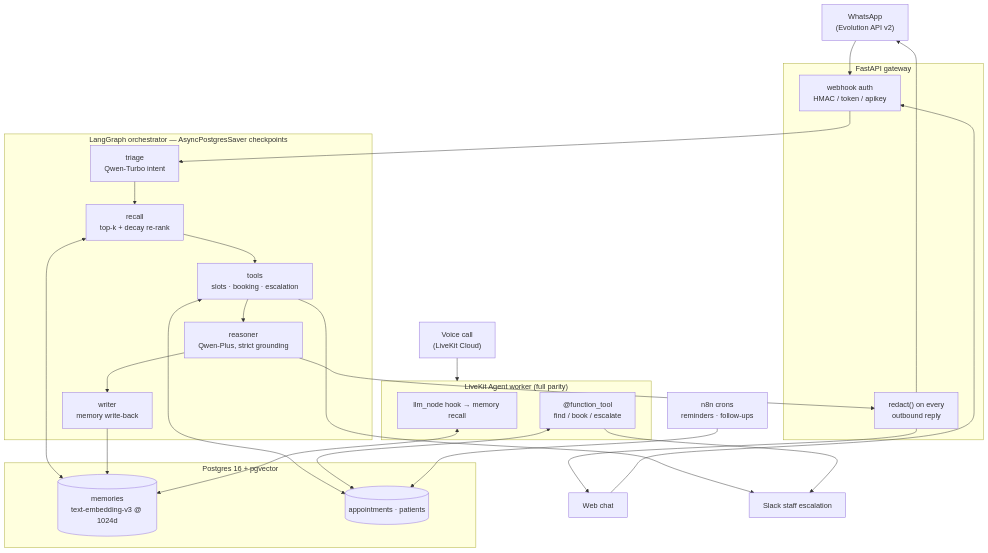
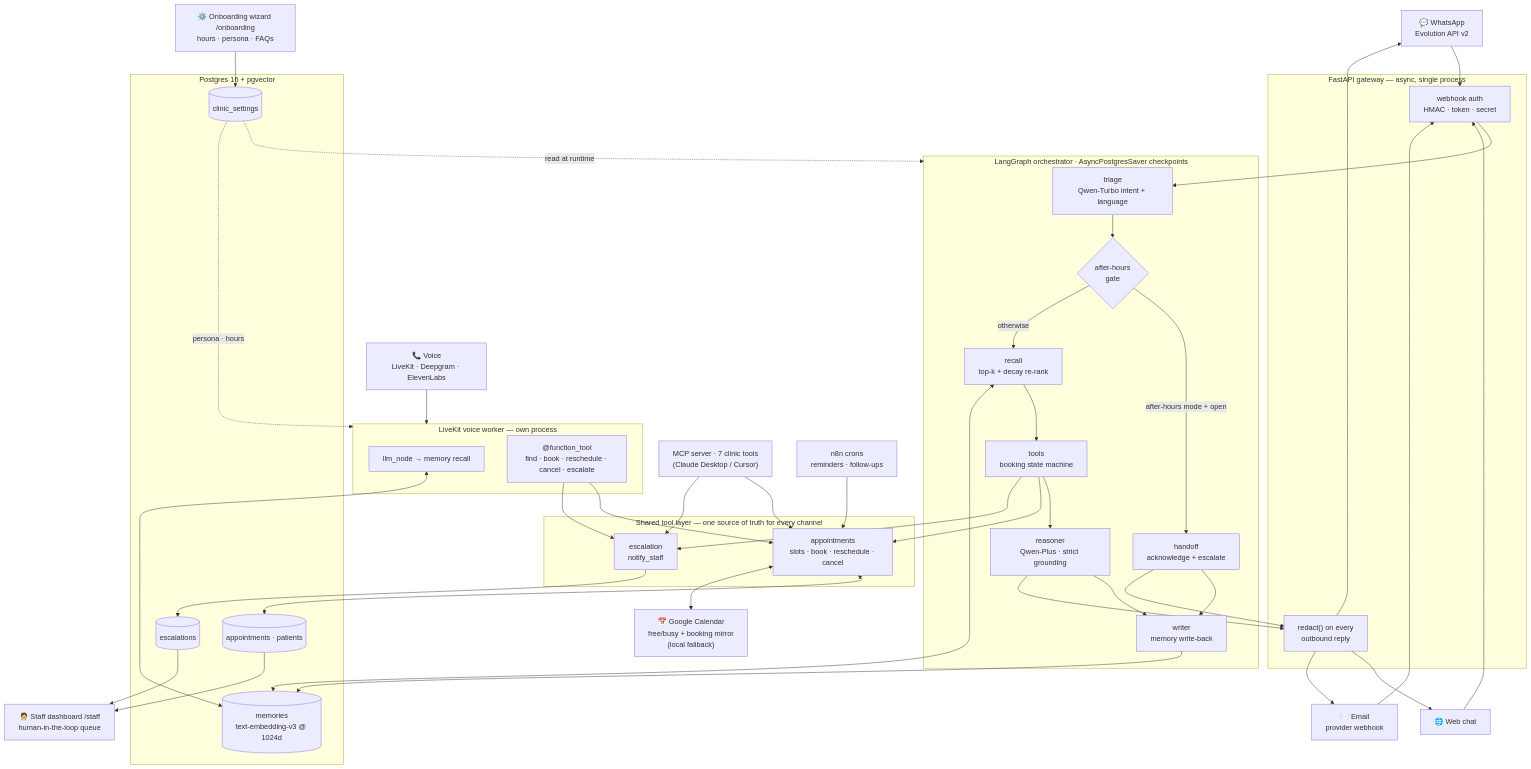
The diagram in README.md (Otitodev/Maindesk), drawn with Mermaid before and after one commit. The commit also changed other lines of this file and 2 other files, not shown here.

Commit message:
Update architecture diagram to current system + add PNG render
The README Mermaid diagram had drifted from the build: refresh it to show all
four channels (voice/WhatsApp/web/email) plus the MCP server converging on the
shared tool layer, the after-hours gate, decay-aware pgvector memory feeding
both text graph and voice worker, the Google Calendar mirror, and the /staff
and /onboarding surfaces. Extend the tech table accordingly, add a rendered
docs/architecture.png for slides, and mark the diagram done in IMPROVEMENTS.md.

Diagram validated with mermaid-cli (renders without errors).

https://claude.ai/code/session_01WMhdcasFLuyCec9vfBZ1QV

````diff
--- a/README.md
+++ b/README.md
@@ -21,47 +21,85 @@
 ```mermaid
 flowchart TB
-    WA["WhatsApp<br/>(Evolution API v2)"]
-    WEB["Web chat"]
-    VOICE["Voice call<br/>(LiveKit Cloud)"]
+    VOICE["📞 Voice<br/>LiveKit · Deepgram · ElevenLabs"]
+    WA["💬 WhatsApp<br/>Evolution API v2"]
+    WEB["🌐 Web chat"]
+    EMAIL["✉️ Email<br/>provider webhook"]
 
-    subgraph GW["FastAPI gateway"]
-        AUTH["webhook auth<br/>HMAC / token / apikey"]
+    subgraph GW["FastAPI gateway — async, single process"]
+        AUTH["webhook auth<br/>HMAC · token · secret"]
         REDACT["redact() on every<br/>outbound reply"]
     end
 
-    subgraph LG["LangGraph orchestrator — AsyncPostgresSaver checkpoints"]
-        TRIAGE["triage<br/>Qwen-Turbo intent"] --> RECALL["recall<br/>top-k + decay re-rank"]
-        RECALL --> TOOLS["tools<br/>slots · booking · escalation"]
-        TOOLS --> REASONER["reasoner<br/>Qwen-Plus, strict grounding"]
-        REASONER --> WRITER["writer<br/>memory write-back"]
+    subgraph LG["LangGraph orchestrator · AsyncPostgresSaver checkpoints"]
+        TRIAGE["triage<br/>Qwen-Turbo intent + language"]
+        GATE{"after-hours<br/>gate"}
+        HANDOFF["handoff<br/>acknowledge + escalate"]
+        RECALL["recall<br/>top-k + decay re-rank"]
+        TOOLS["tools<br/>booking state machine"]
+        REASONER["reasoner<br/>Qwen-Plus · strict grounding"]
+        WRITER["writer<br/>memory write-back"]
+        TRIAGE --> GATE
+        GATE -->|after-hours mode + open| HANDOFF
+        GATE -->|otherwise| RECALL
+        RECALL --> TOOLS --> REASONER --> WRITER
+        HANDOFF --> WRITER
     end
 
-    subgraph LK["LiveKit Agent worker (full parity)"]
-        LLMNODE["llm_node hook → memory recall"]
-        FTOOLS["@function_tool<br/>find / book / escalate"]
+    subgraph VOICEW["LiveKit voice worker — own process"]
+        LLMNODE["llm_node → memory recall"]
+        FTOOLS["@function_tool<br/>find · book · reschedule · cancel · escalate"]
     end
 
-    subgraph PG["Postgres 16 + pgvector"]
+    MCP["MCP server · 7 clinic tools<br/>(Claude Desktop / Cursor)"]
+
+    subgraph TOOLLAYER["Shared tool layer — one source of truth for every channel"]
+        APPTS["appointments<br/>slots · book · reschedule · cancel"]
+        ESC["escalation<br/>notify_staff"]
+    end
+
+    CAL["📅 Google Calendar<br/>free/busy + booking mirror<br/>(local fallback)"]
+
+    subgraph DB["Postgres 16 + pgvector"]
         MEM[("memories<br/>text-embedding-v3 @ 1024d")]
         APPT[("appointments · patients")]
+        ESCT[("escalations")]
+        CFG[("clinic_settings")]
     end
 
+    STAFF["🧑‍⚕️ Staff dashboard /staff<br/>human-in-the-loop queue"]
+    ONB["⚙️ Onboarding wizard /onboarding<br/>hours · persona · FAQs"]
     N8N["n8n crons<br/>reminders · follow-ups"]
-    SLACK["Slack staff escalation"]
 
     WA --> AUTH
     WEB --> AUTH
-    VOICE --> LK
+    EMAIL --> AUTH
+    VOICE --> VOICEW
     AUTH --> TRIAGE
     REASONER --> REDACT
+    HANDOFF --> REDACT
     REDACT --> WA
     REDACT --> WEB
+    REDACT --> EMAIL
+
+    TOOLS --> APPTS
+    TOOLS --> ESC
+    FTOOLS --> APPTS
+    FTOOLS --> ESC
+    MCP --> APPTS
+    MCP --> ESC
+
     RECALL <--> MEM
     WRITER --> MEM
-    TOOLS <--> APPT
-    TOOLS --> SLACK
     LLMNODE <--> MEM
-    FTOOLS <--> APPT
-    FTOOLS --> SLACK
-    N8N --> APPT
+
+    APPTS <--> APPT
+    APPTS <--> CAL
+    ESC --> ESCT
+
+    ESCT --> STAFF
+    APPT --> STAFF
+    ONB --> CFG
+    CFG -.->|read at runtime| LG
+    CFG -.->|persona · hours| VOICEW
+    N8N --> APPTS
 ```
````
